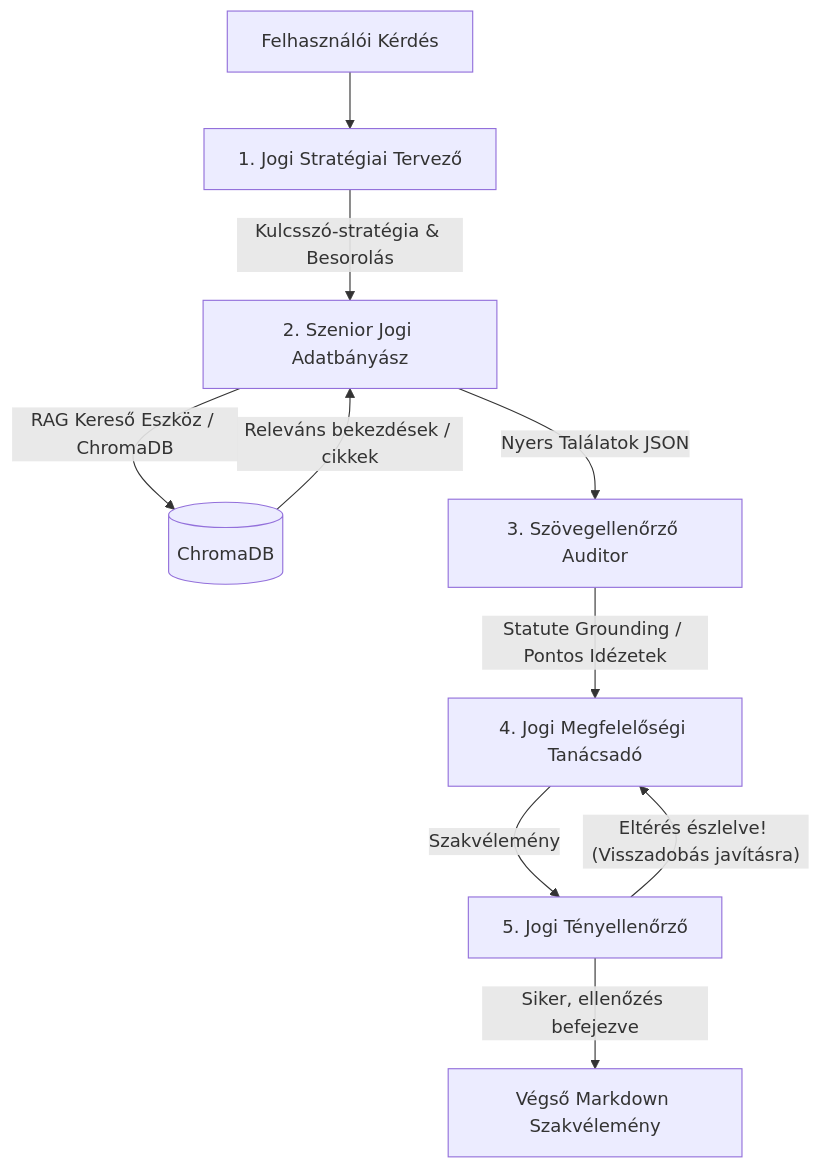
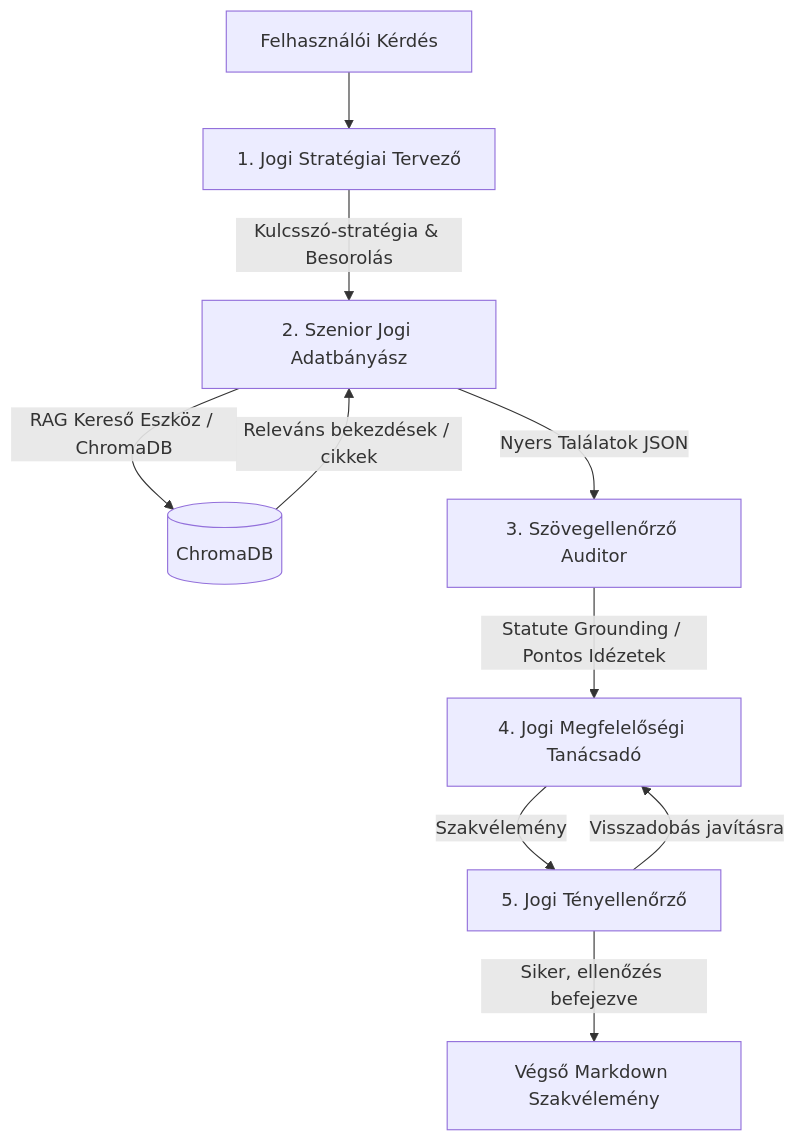
Before and after one commit to LeventeTasy/jogi-agent-rag: the diagram in README.md, drawn with Mermaid.

````diff
--- a/README.md
+++ b/README.md
@@ -22,12 +22,12 @@
 ```mermaid
 graph TD
     Question[Felhasználói Kérdés] --> Strategist[1. Jogi Stratégiai Tervező]
     Strategist --> |Kulcsszó-stratégia & Besorolás| Researcher[2. Szenior Jogi Adatbányász]
     Researcher --> |RAG Kereső Eszköz / ChromaDB| VectorDB[(ChromaDB)]
     VectorDB --> |Releváns bekezdések / cikkek| Researcher
     Researcher --> |Nyers Találatok JSON| Verifier[3. Szövegellenőrző Auditor]
     Verifier --> |Statute Grounding / Pontos Idézetek| Advisor[4. Jogi Megfelelőségi Tanácsadó]
     Advisor --> |Szakvélemény| FactChecker[5. Jogi Tényellenőrző]
-    FactChecker --> |"Eltérés észlelve! (Visszadobás javításra)"| Advisor
+    FactChecker --> |"Visszadobás javításra"| Advisor
     FactChecker --> |"Siker, ellenőzés befejezve"| FinalReport[Végső Markdown Szakvélemény]
 ```
````
